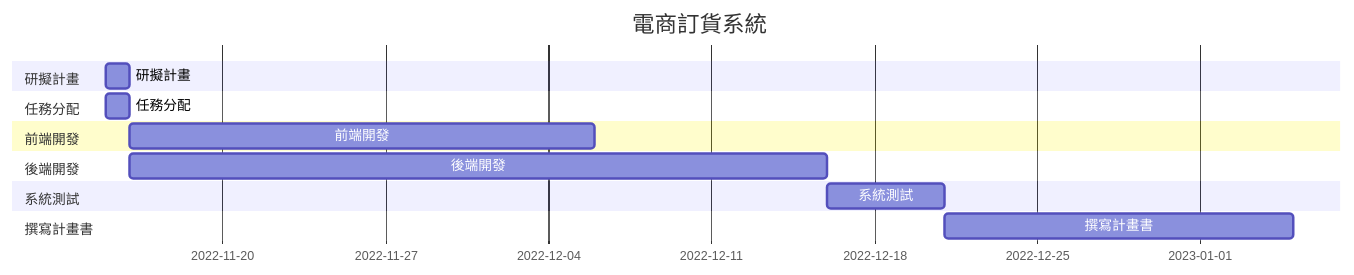
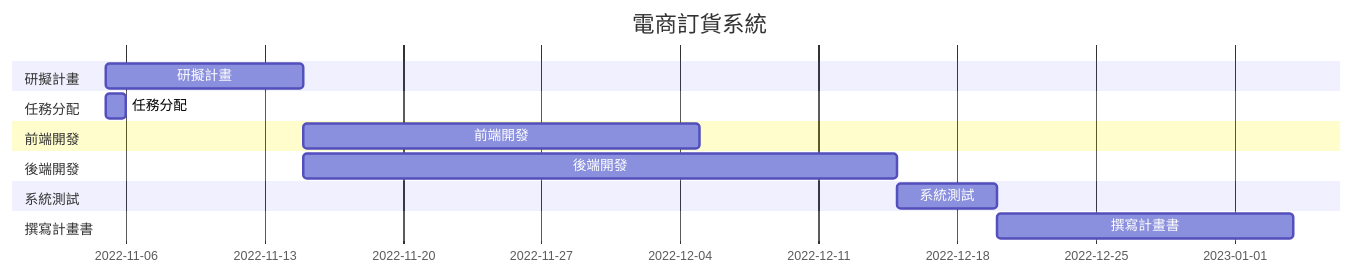
The diagram in README.md (Hsxxnil/SystemAnalysis-group15), drawn with Mermaid before and after one commit.

````diff
--- a/README.md
+++ b/README.md
@@ -19,21 +19,21 @@
 ```mermaid
 gantt
     title 電商訂貨系統
     section 研擬計畫
-    研擬計畫:a1, 2022-11-15, 1d
+    研擬計畫:a2, 2022-11-05, 10d
     
     section 任務分配
-    任務分配:a2,2022-11-15, 1d
+    任務分配:a1,2022-11-05, 1d
     
     section 前端開發
     前端開發:a3,after a2,20d
     
     section 後端開發
     後端開發:a4,after a2, 30d
     
     section 系統測試
     系統測試:a5,after a4, 5d
     
     section 撰寫計畫書
     撰寫計畫書:a6,after a5, 15d
 ```
````
